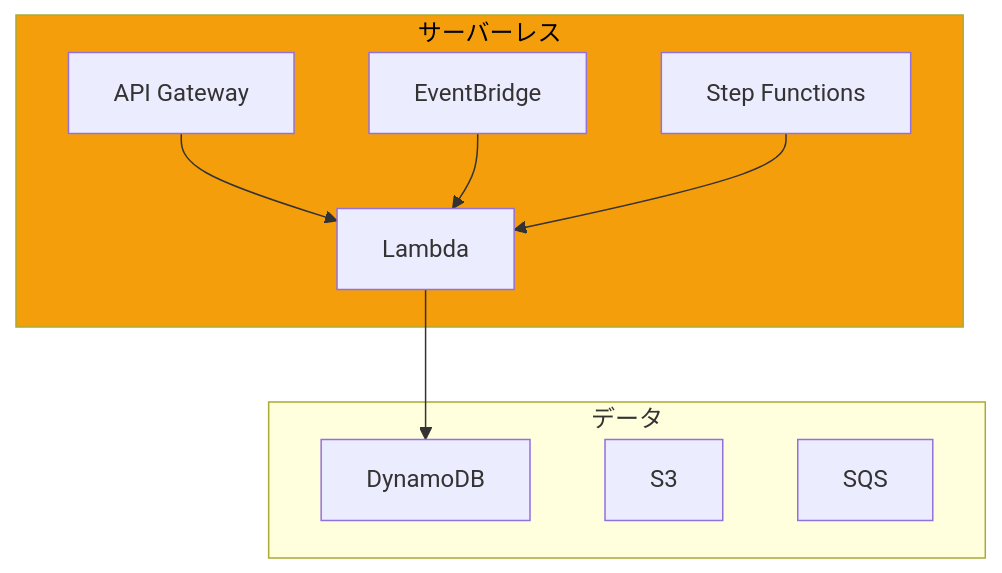
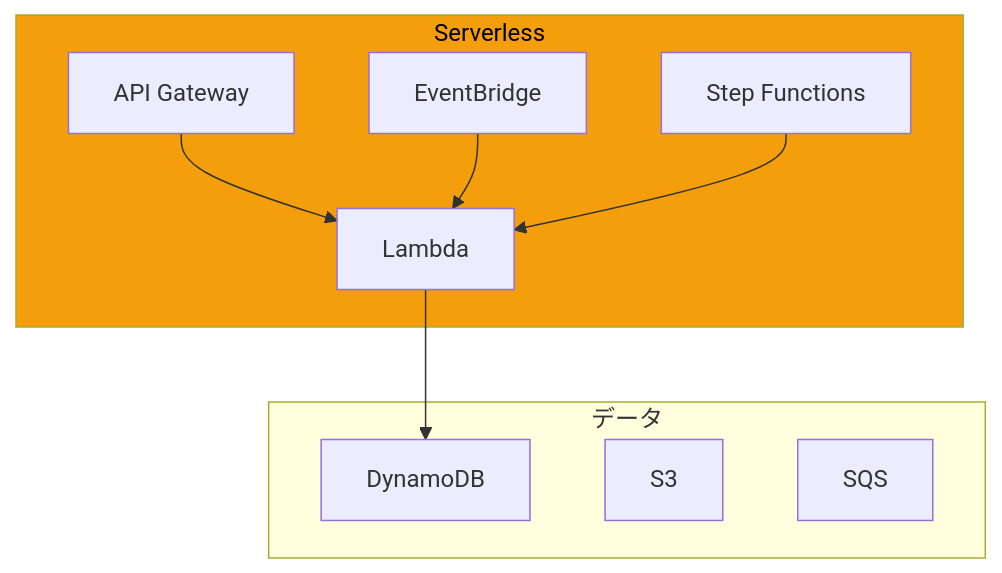
The first of 3 diagrams in content/blog/ja/aws-serverless-patterns.md (shunkus/shunku.net), drawn with Mermaid before and after one commit. The commit also changed other lines of this file and 56 other files, not shown here.

````diff
--- a/content/blog/ja/aws-serverless-patterns.md
+++ b/content/blog/ja/aws-serverless-patterns.md
@@ -13,22 +13,22 @@
 ```mermaid
 flowchart TB
-    subgraph Serverless["サーバーレス"]
+    subgraph Serverless["Serverless"]
         APIGateway["API Gateway"]
         Lambda["Lambda"]
         StepFunctions["Step Functions"]
         EventBridge["EventBridge"]
     end
 
     subgraph Data["データ"]
         DynamoDB["DynamoDB"]
         S3["S3"]
         SQS["SQS"]
     end
 
     APIGateway --> Lambda
     Lambda --> DynamoDB
     EventBridge --> Lambda
     StepFunctions --> Lambda
 
     style Serverless fill:#f59e0b,color:#000
 ```
````
